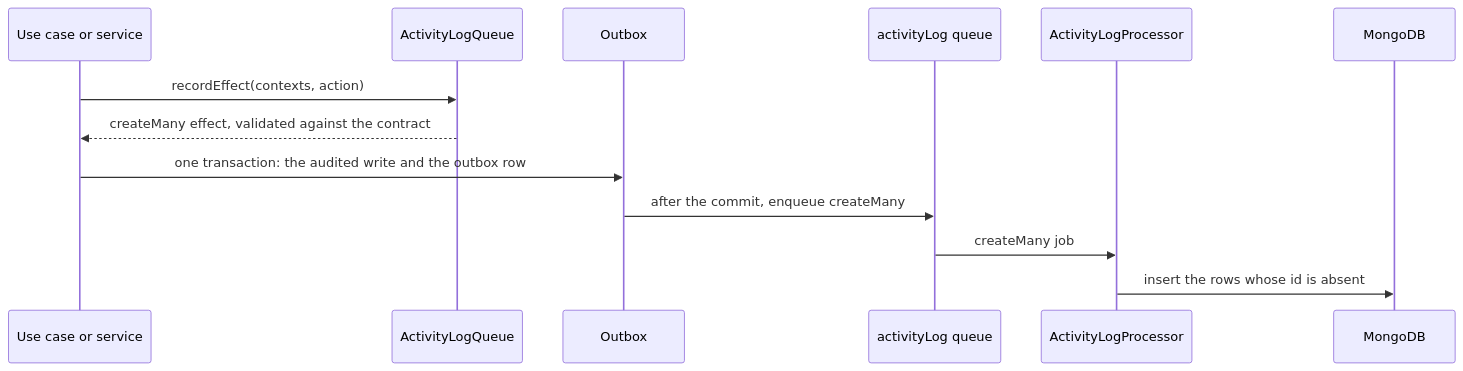
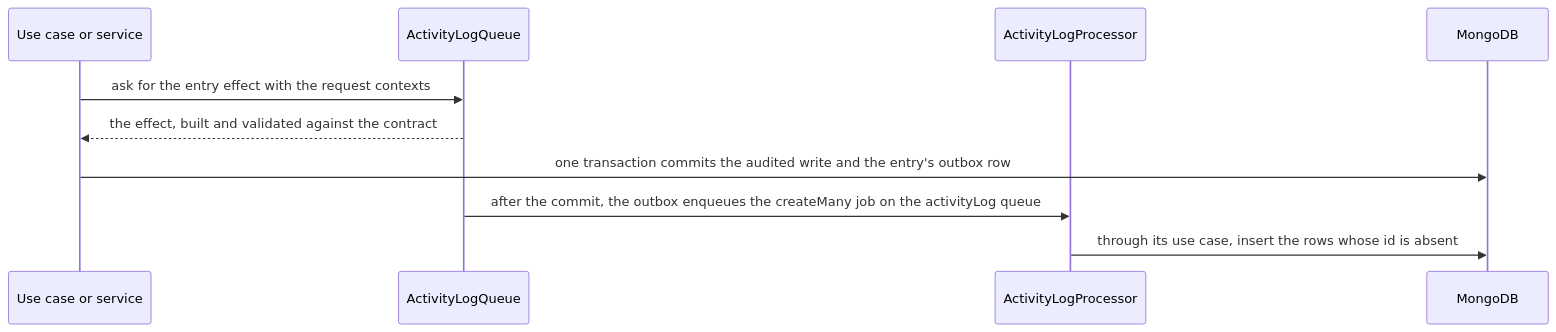
Before and after one commit to andrechristikan/ack-nestjs-boilerplate: the diagram in docs/concepts/activity-log.md, drawn with Mermaid. The commit also changed other lines of this file and 35 other files, not shown here.

Commit message:
docs: draw every diagram top to bottom and match each to its page

````diff
--- a/docs/concepts/activity-log.md
+++ b/docs/concepts/activity-log.md
@@ -36,16 +38,13 @@
 ```mermaid
 sequenceDiagram
     participant UC as Use case or service
     participant AQ as ActivityLogQueue
-    participant OB as Outbox
-    participant BQ as activityLog queue
     participant PR as ActivityLogProcessor
     participant DB as MongoDB
 
-    UC->>AQ: recordEffect(contexts, action)
-    AQ-->>UC: createMany effect, validated against the contract
-    UC->>OB: one transaction: the audited write and the outbox row
-    OB->>BQ: after the commit, enqueue createMany
-    BQ->>PR: createMany job
-    PR->>DB: insert the rows whose id is absent
+    UC->>AQ: ask for the entry effect with the request contexts
+    AQ-->>UC: the effect, built and validated against the contract
+    UC->>DB: one transaction commits the audited write and the entry's outbox row
+    AQ->>PR: after the commit, the outbox enqueues the createMany job on the activityLog queue
+    PR->>DB: through its use case, insert the rows whose id is absent
 ```
````
